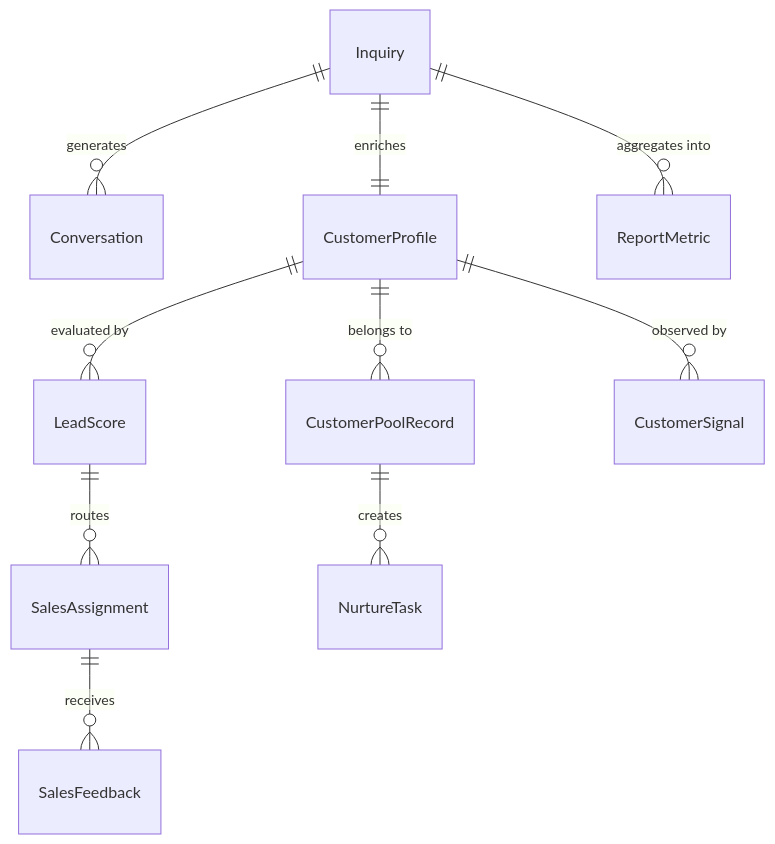
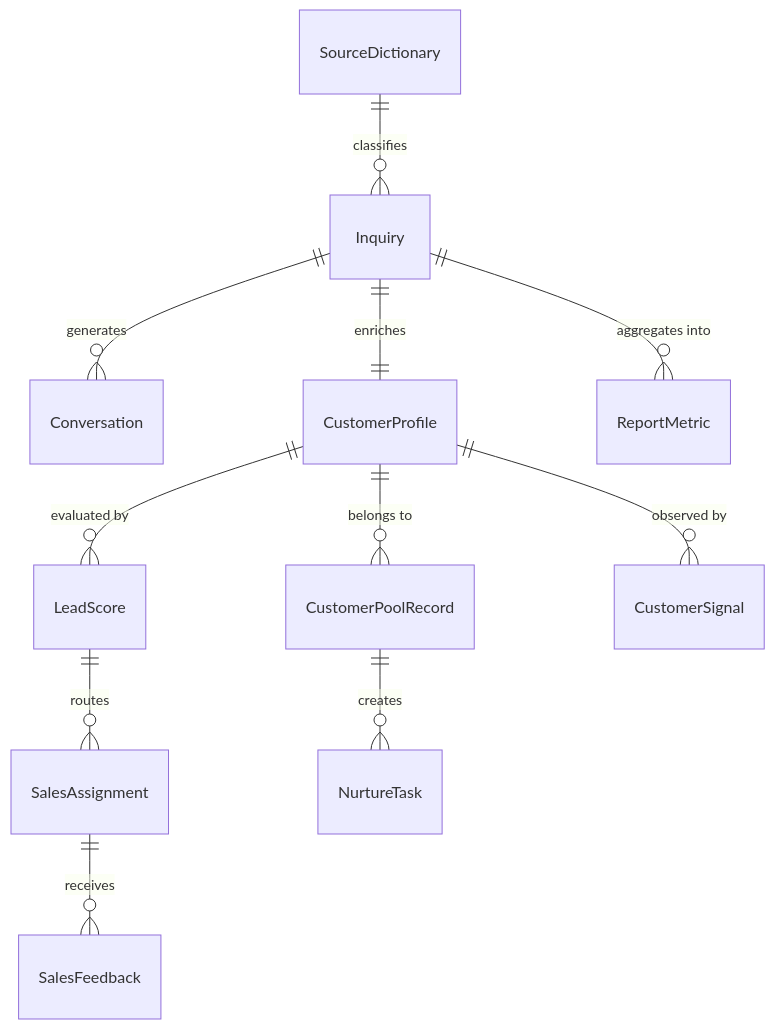
The first of 4 diagrams in 智能销售接待与客户洞察Agent/output/PRD详细版.md (alicewang1619-ui/SalesTool), drawn with Mermaid before and after one commit. The commit also changed other lines of this file and 10 other files, not shown here.

````diff
--- a/智能销售接待与客户洞察Agent/output/PRD详细版.md
+++ b/智能销售接待与客户洞察Agent/output/PRD详细版.md
@@ -187,12 +187,13 @@
 ```mermaid
 erDiagram
+    SourceDictionary ||--o{ Inquiry : "classifies"
     Inquiry ||--o{ Conversation : "generates"
     Inquiry ||--|| CustomerProfile : "enriches"
     CustomerProfile ||--o{ LeadScore : "evaluated by"
     LeadScore ||--o{ SalesAssignment : "routes"
     SalesAssignment ||--o{ SalesFeedback : "receives"
     CustomerProfile ||--o{ CustomerPoolRecord : "belongs to"
     CustomerPoolRecord ||--o{ NurtureTask : "creates"
     CustomerProfile ||--o{ CustomerSignal : "observed by"
     Inquiry ||--o{ ReportMetric : "aggregates into"
 ```
````
